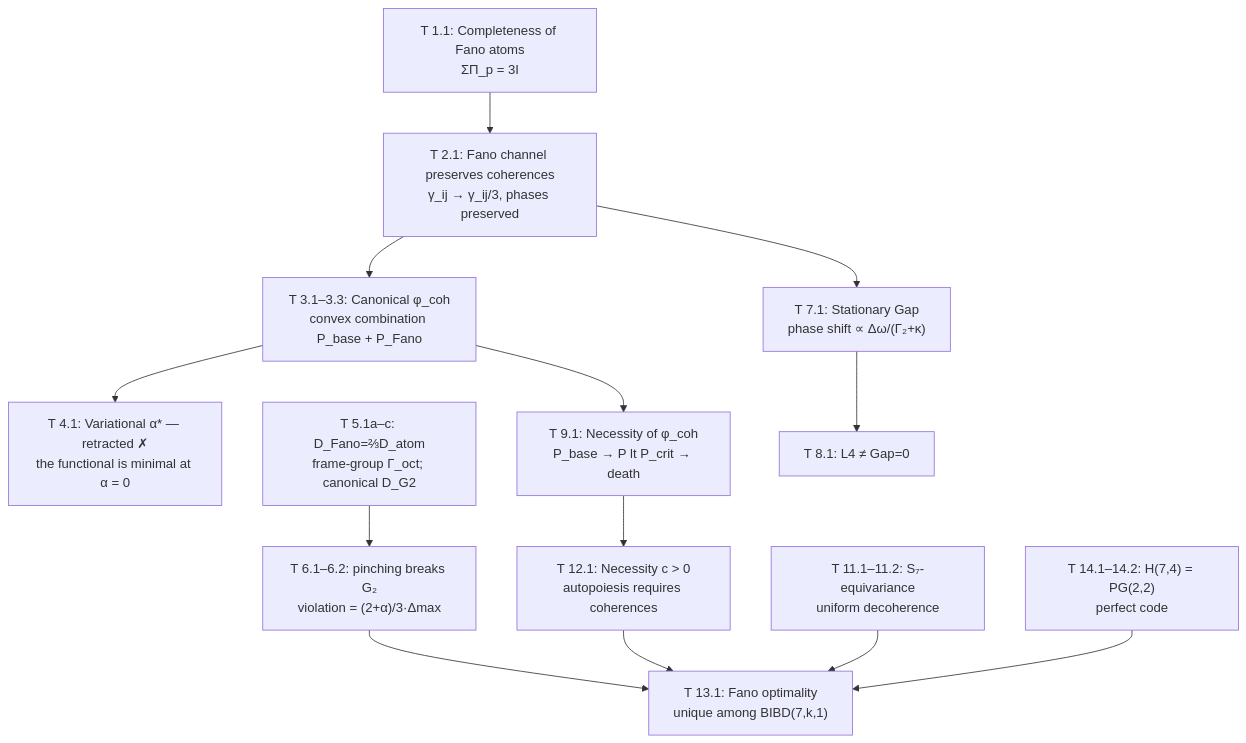
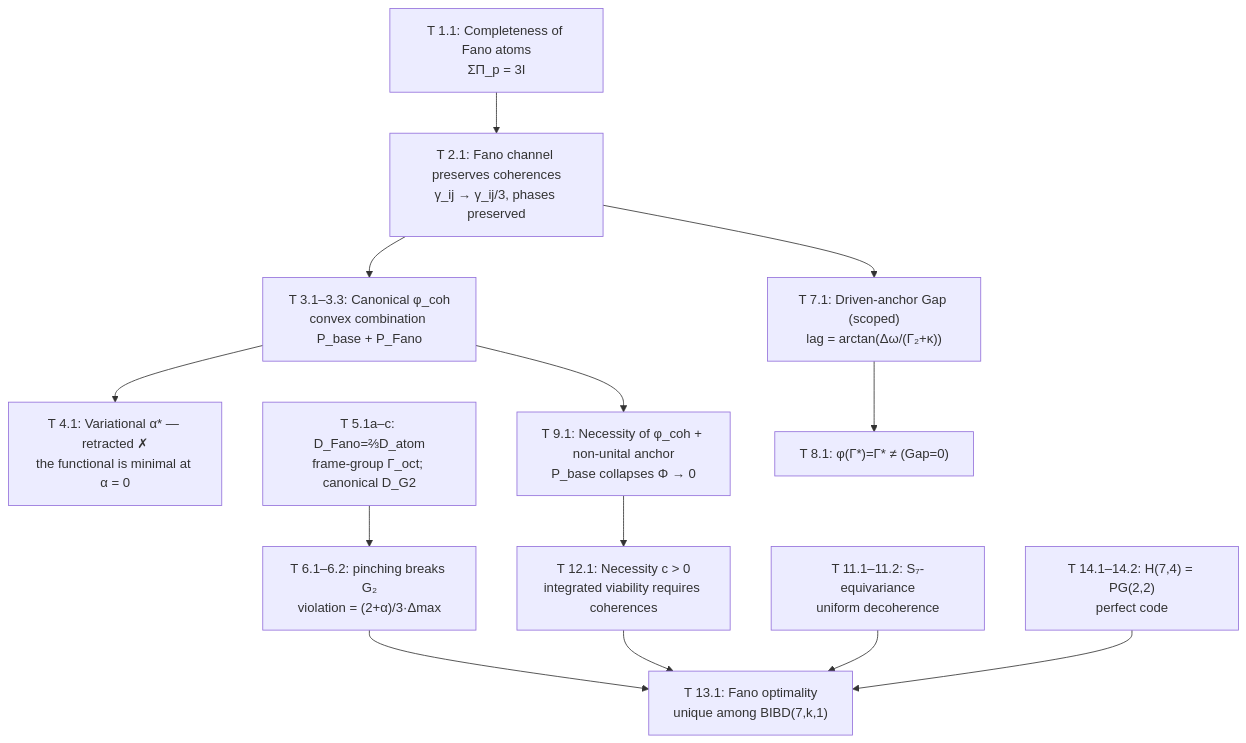
One commit to gst-st/uhm changed the diagram in website/docs/proofs/gap/fano-channel.md. Above: the diagram before and after it, drawn with Mermaid. The commit also changed other lines of this file and 376 other files, not shown here.

First line of the commit message:
Refactor UHM canon, decontaminate architecture, and verify EN/RU parity

````diff
--- a/website/docs/proofs/gap/fano-channel.md
+++ b/website/docs/proofs/gap/fano-channel.md
@@ -488,15 +488,15 @@
 ```mermaid
 flowchart TD
     T1["T 1.1: Completeness of Fano atoms<br/>ΣΠ_p = 3I"] --> T2["T 2.1: Fano channel preserves coherences<br/>γ_ij → γ_ij/3, phases preserved"]
     T2 --> T3["T 3.1–3.3: Canonical φ_coh<br/>convex combination P_base + P_Fano"]
     T3 --> T4["T 4.1: Variational α* — retracted ✗<br/>the functional is minimal at α = 0"]
     T5["T 5.1a–c: D_Fano=⅔D_atom<br/>frame-group Γ_oct; canonical D_G2"] --> T6["T 6.1–6.2: pinching breaks G₂<br/>violation = (2+α)/3·Δmax"]
     T6 --> T13["T 13.1: Fano optimality<br/>unique among BIBD(7,k,1)"]
-    T2 --> T7["T 7.1: Stationary Gap<br/>phase shift ∝ Δω/(Γ₂+κ)"]
-    T7 --> T8["T 8.1: L4 ≠ Gap=0"]
-    T3 --> T9["T 9.1: Necessity of φ_coh<br/>P_base → P lt P_crit → death"]
-    T9 --> T12["T 12.1: Necessity c > 0<br/>autopoiesis requires coherences"]
+    T2 --> T7["T 7.1: Driven-anchor Gap (scoped)<br/>lag = arctan(Δω/(Γ₂+κ))"]
+    T7 --> T8["T 8.1: φ(Γ*)=Γ* ≠ (Gap=0)"]
+    T3 --> T9["T 9.1: Necessity of φ_coh + non-unital anchor<br/>P_base collapses Φ → 0"]
+    T9 --> T12["T 12.1: Necessity c > 0<br/>integrated viability requires coherences"]
     T12 --> T13
     T11["T 11.1–11.2: S₇-equivariance<br/>uniform decoherence"] --> T13
     T14["T 14.1–14.2: H(7,4) = PG(2,2)<br/>perfect code"] --> T13
 ```
````
